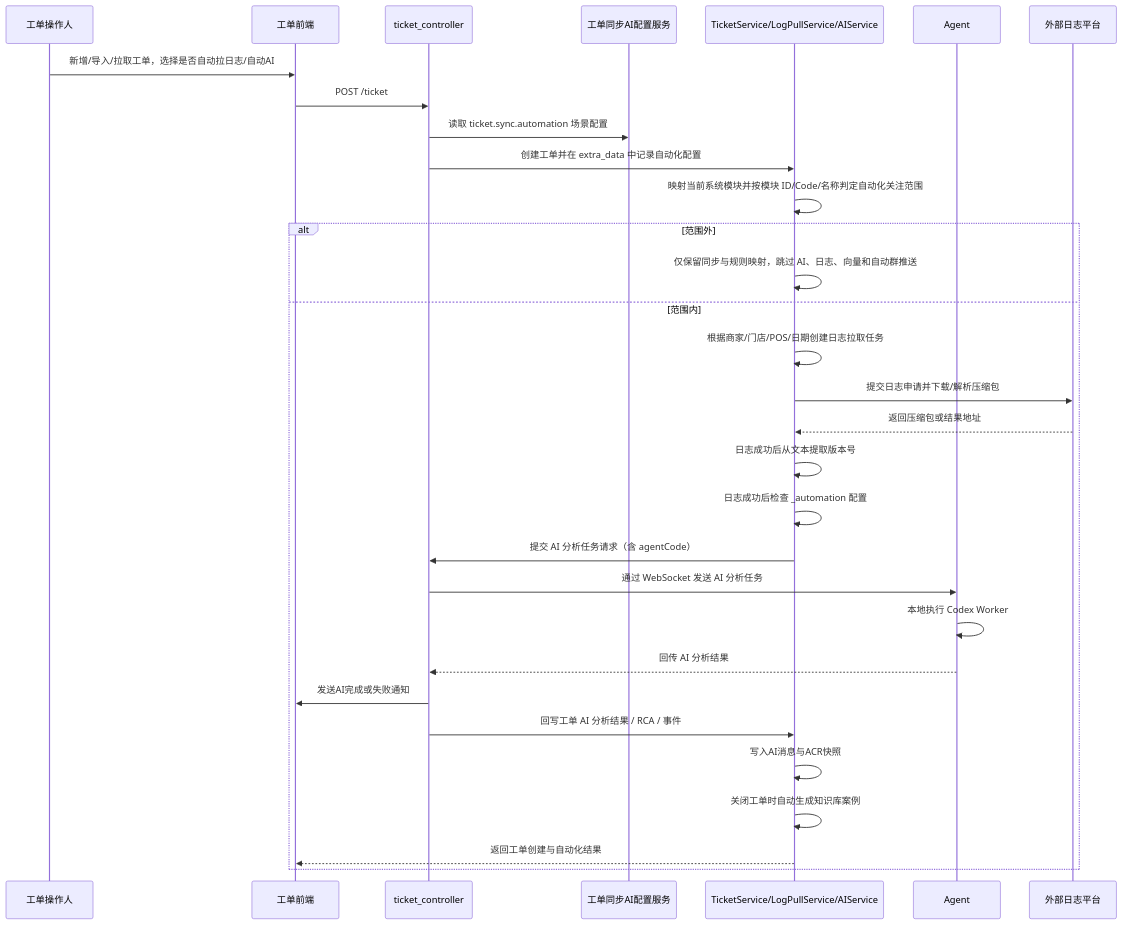
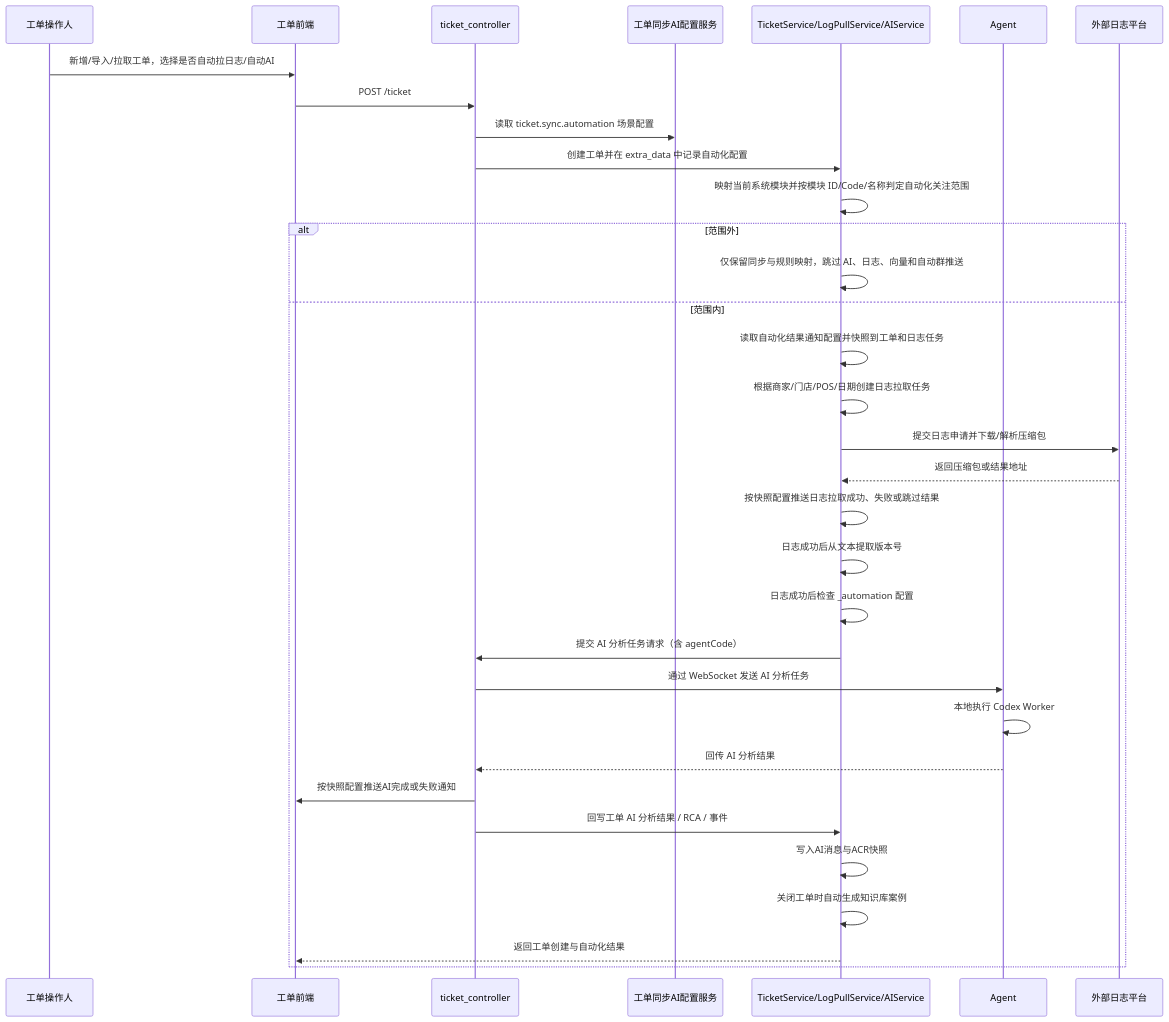
The diagram in wiki/flows/ticket-automation-flow.md (diaodeng/ApiTestPlatform), drawn with Mermaid before and after one commit. The commit also changed other lines of this file and 13 other files, not shown here.

````diff
--- a/wiki/flows/ticket-automation-flow.md
+++ b/wiki/flows/ticket-automation-flow.md
@@ -26,34 +26,36 @@
 ```mermaid
 sequenceDiagram
   participant U as 工单操作人
   participant W as 工单前端
   participant C as ticket_controller
   participant CFG as 工单同步AI配置服务
   participant S as TicketService/LogPullService/AIService
   participant A as Agent
   participant X as 外部日志平台
 
   U->>W: 新增/导入/拉取工单，选择是否自动拉日志/自动AI
   W->>C: POST /ticket
   C->>CFG: 读取 ticket.sync.automation 场景配置
   C->>S: 创建工单并在 extra_data 中记录自动化配置
   S->>S: 映射当前系统模块并按模块 ID/Code/名称判定自动化关注范围
   alt 范围外
     S->>S: 仅保留同步与规则映射，跳过 AI、日志、向量和自动群推送
   else 范围内
+  S->>S: 读取自动化结果通知配置并快照到工单和日志任务
   S->>S: 根据商家/门店/POS/日期创建日志拉取任务
   S->>X: 提交日志申请并下载/解析压缩包
   X-->>S: 返回压缩包或结果地址
+  S->>S: 按快照配置推送日志拉取成功、失败或跳过结果
   S->>S: 日志成功后从文本提取版本号
   S->>S: 日志成功后检查 _automation 配置
   S->>C: 提交 AI 分析任务请求（含 agentCode）
   C->>A: 通过 WebSocket 发送 AI 分析任务
   A->>A: 本地执行 Codex Worker
   A-->>C: 回传 AI 分析结果
-  C->>W: 发送AI完成或失败通知
+  C->>W: 按快照配置推送AI完成或失败通知
   C->>S: 回写工单 AI 分析结果 / RCA / 事件
   S->>S: 写入AI消息与ACR快照
   S->>S: 关闭工单时自动生成知识库案例
   S-->>W: 返回工单创建与自动化结果
   end
 ```
````
